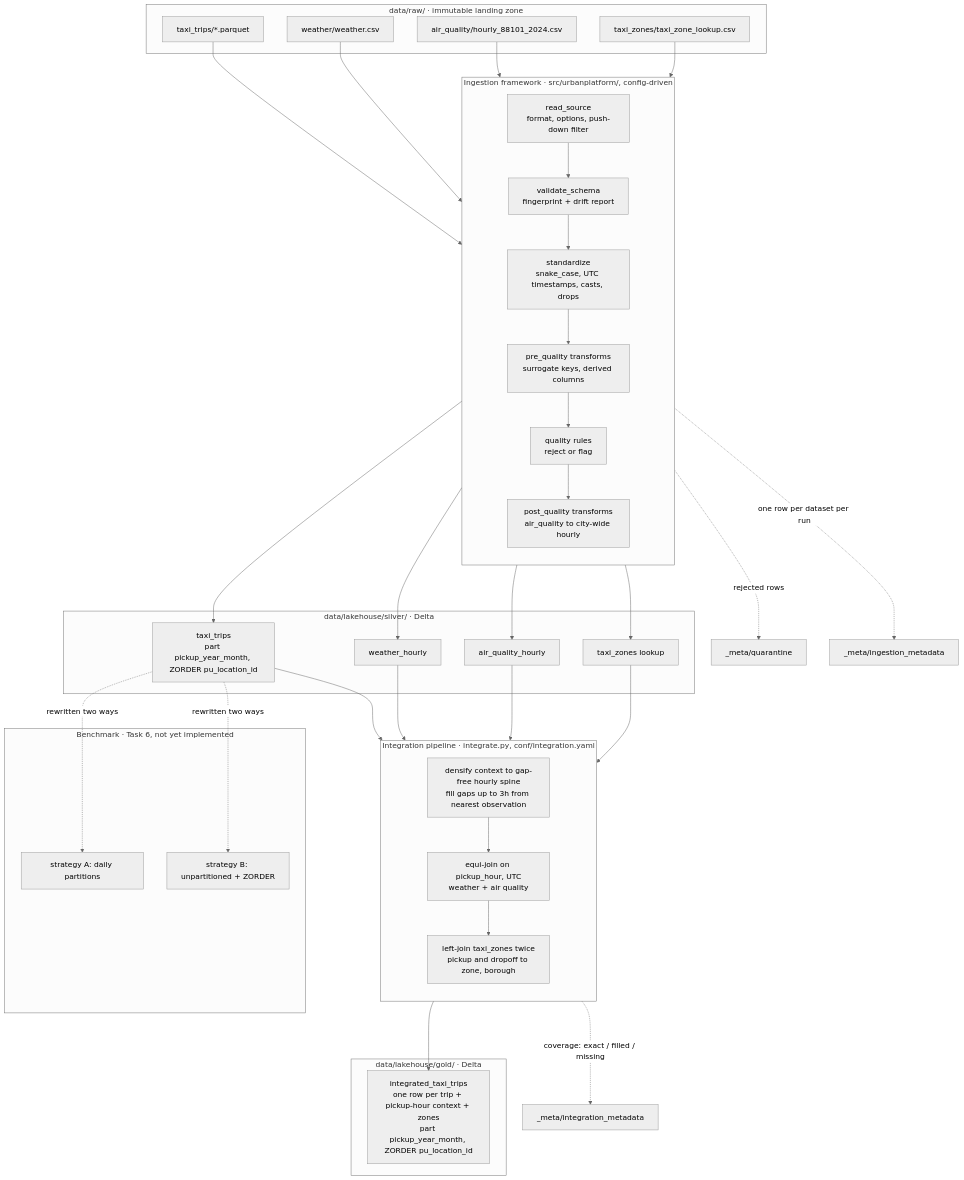
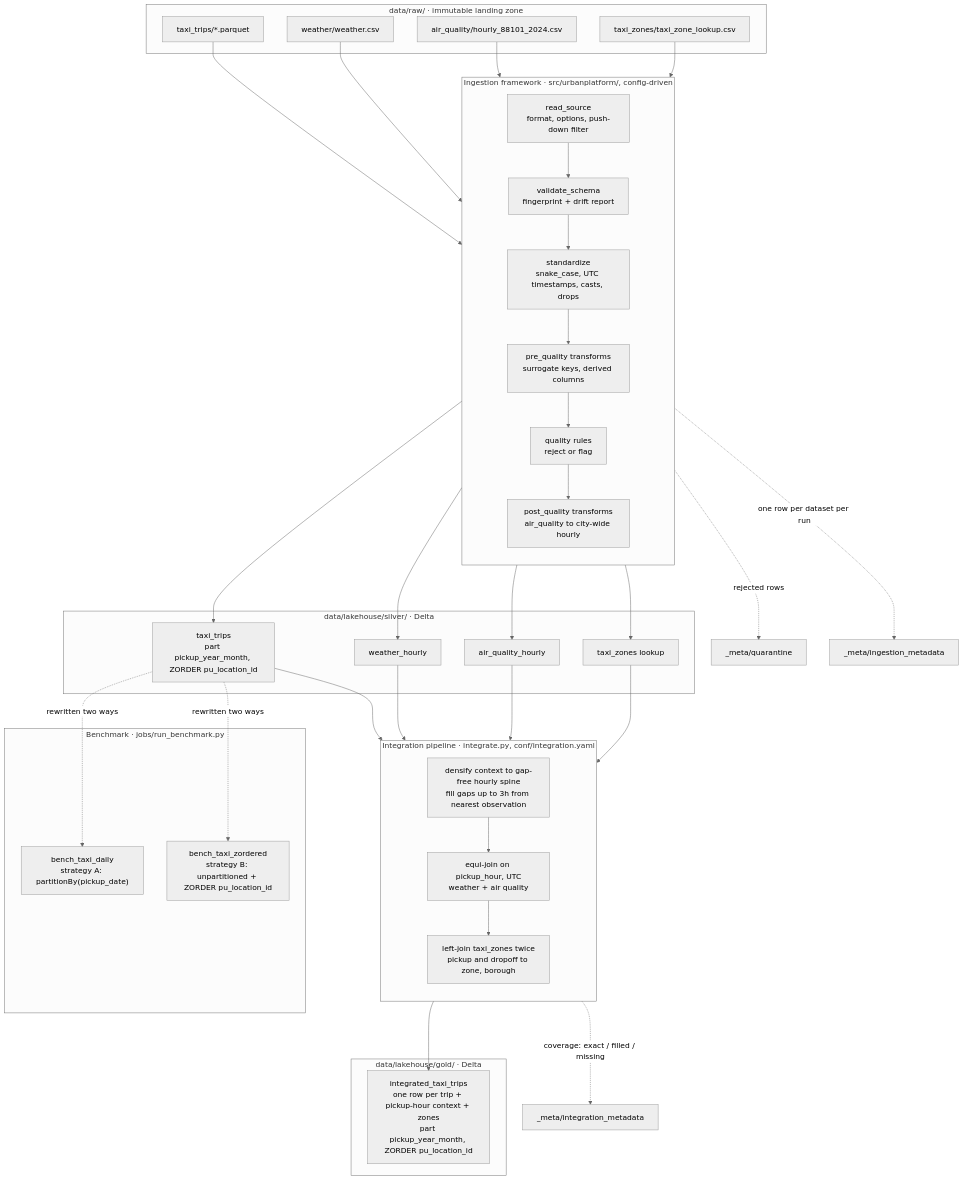
One commit to Wu-Xiaoshan/ID2221-Generic-Urban-Data-Integration-Platform changed the diagram in docs/architecture.md. Above: the diagram before and after it, drawn with Mermaid (neutral theme). The commit also changed 4 other files, not shown here.

First line of the commit message:
fix: address review feedback on the Task 6 benchmark

````diff
--- a/docs/architecture.md
+++ b/docs/architecture.md
@@ -3,58 +3,58 @@
 ```mermaid
 flowchart TD
     subgraph raw["data/raw/ · immutable landing zone"]
         R1["taxi_trips/*.parquet"]
         R2["weather/weather.csv"]
         R3["air_quality/hourly_88101_2024.csv"]
         R4["taxi_zones/taxi_zone_lookup.csv"]
     end
 
     subgraph fw["Ingestion framework · src/urbanplatform/, config-driven"]
         direction TB
         S1["read_source\nformat, options, push-down filter"]
         S2["validate_schema\nfingerprint + drift report"]
         S3["standardize\nsnake_case, UTC timestamps, casts, drops"]
         S4["pre_quality transforms\nsurrogate keys, derived columns"]
         S5["quality rules\nreject or flag"]
         S6["post_quality transforms\nair_quality to city-wide hourly"]
         S1 --> S2 --> S3 --> S4 --> S5 --> S6
     end
 
     R1 & R2 & R3 & R4 --> S1
 
     subgraph silver["data/lakehouse/silver/ · Delta"]
         T1["taxi_trips\npart pickup_year_month, ZORDER pu_location_id"]
         T2["weather_hourly"]
         T3["air_quality_hourly"]
         T4["taxi_zones lookup"]
     end
 
     S6 --> T1 & T2 & T3 & T4
     S5 -. rejected rows .-> Q["_meta/quarantine"]
     fw -. one row per dataset per run .-> M["_meta/ingestion_metadata"]
 
     subgraph integ["Integration pipeline · integrate.py, conf/integration.yaml"]
         direction TB
         I1["densify context to gap-free hourly spine\nfill gaps up to 3h from nearest observation"]
         I2["equi-join on pickup_hour, UTC\nweather + air quality"]
         I3["left-join taxi_zones twice\npickup and dropoff to zone, borough"]
         I1 --> I2 --> I3
     end
 
     T1 --> I2
     T2 & T3 --> I1
     T4 --> I3
 
     subgraph gold["data/lakehouse/gold/ · Delta"]
         G["integrated_taxi_trips\none row per trip + pickup-hour context + zones\npart pickup_year_month, ZORDER pu_location_id"]
     end
 
     I3 --> G
     integ -. coverage: exact / filled / missing .-> MI["_meta/integration_metadata"]
 
-    subgraph bench["Benchmark · Task 6, not yet implemented"]
-        B1["strategy A: daily partitions"]
-        B2["strategy B: unpartitioned + ZORDER"]
+    subgraph bench["Benchmark · jobs/run_benchmark.py"]
+        B1["bench_taxi_daily\nstrategy A: partitionBy(pickup_date)"]
+        B2["bench_taxi_zordered\nstrategy B: unpartitioned + ZORDER pu_location_id"]
     end
     T1 -. rewritten two ways .-> B1 & B2
 ```
````
